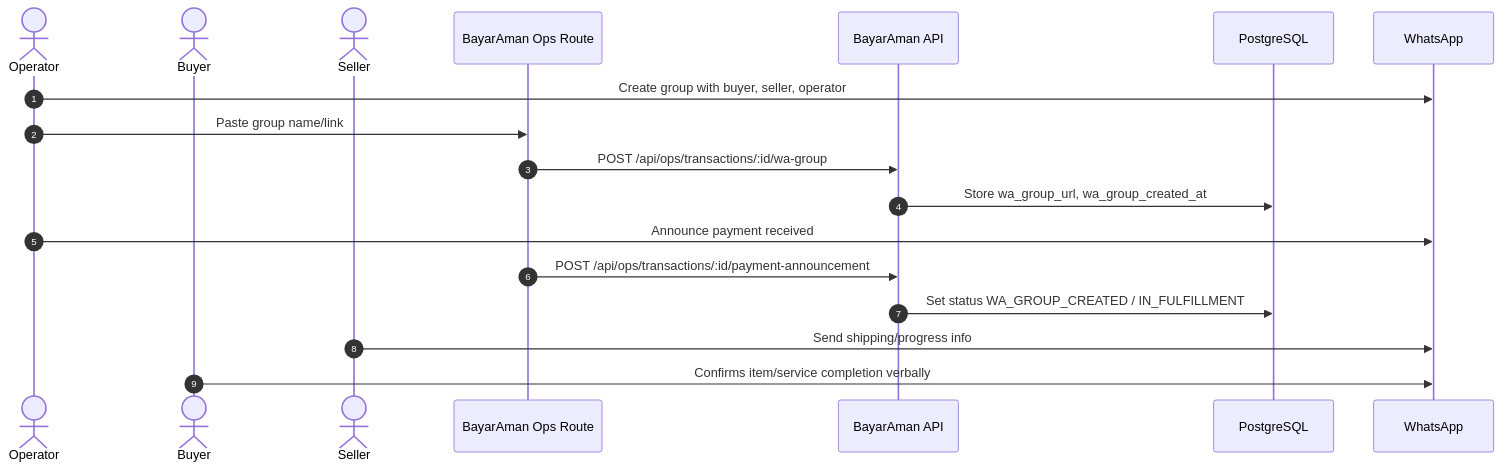
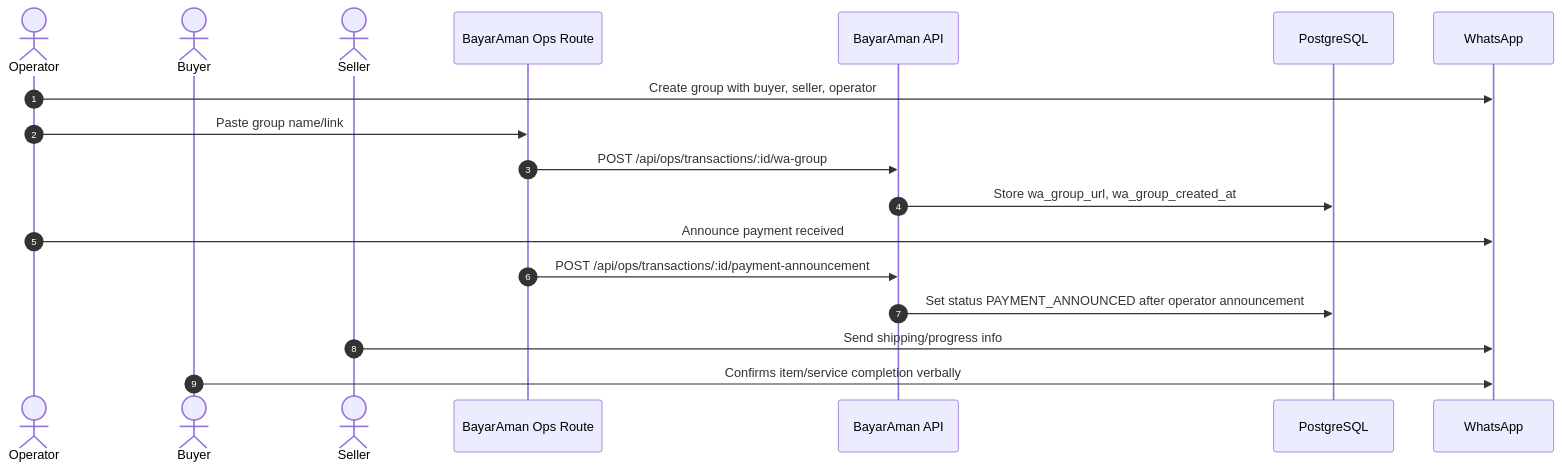
One commit to nunutech40/bayaraman changed the sixth of 9 diagrams in TRD.md. Above: the diagram before and after it, drawn with Mermaid. The commit also changed other lines of this file and 4 other files, not shown here.

Commit message:
Align docs with latest manual flow

````diff
--- a/TRD.md
+++ b/TRD.md
@@ -172,21 +168,21 @@
 ```mermaid
 sequenceDiagram
   autonumber
   actor Operator
   actor Buyer
   actor Seller
   participant Web as BayarAman Ops Route
   participant API as BayarAman API
   participant DB as PostgreSQL
   participant WA as WhatsApp
 
   Operator->>WA: Create group with buyer, seller, operator
   Operator->>Web: Paste group name/link
   Web->>API: POST /api/ops/transactions/:id/wa-group
   API->>DB: Store wa_group_url, wa_group_created_at
   Operator->>WA: Announce payment received
   Web->>API: POST /api/ops/transactions/:id/payment-announcement
-  API->>DB: Set status WA_GROUP_CREATED / IN_FULFILLMENT
+  API->>DB: Set status PAYMENT_ANNOUNCED after operator announcement
   Seller->>WA: Send shipping/progress info
   Buyer->>WA: Confirms item/service completion verbally
 ```
````
